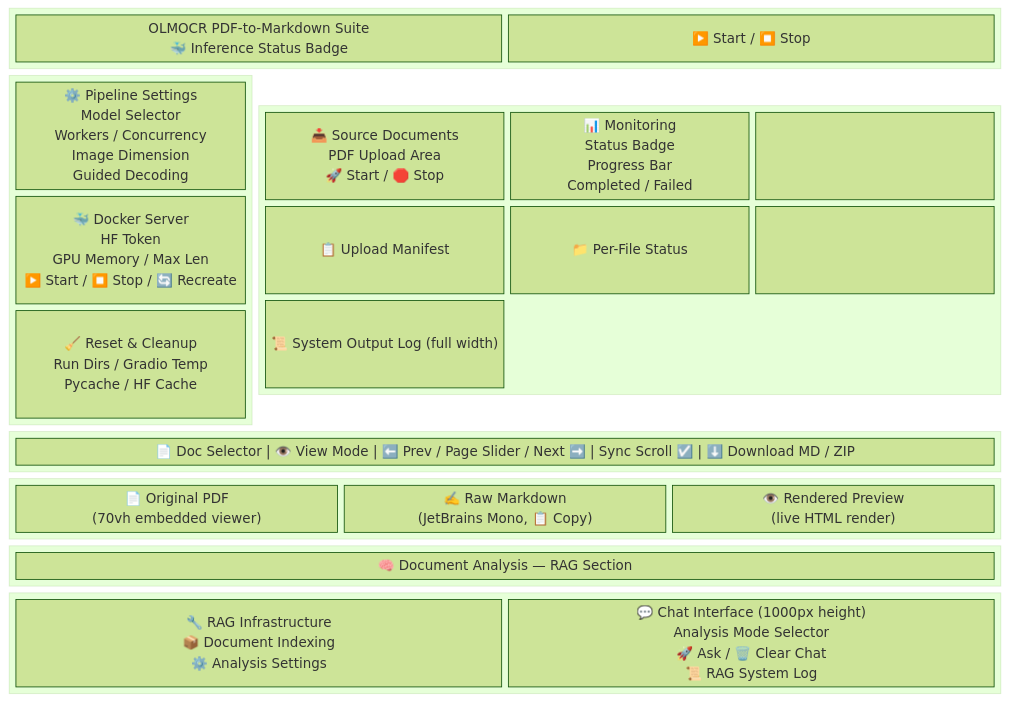
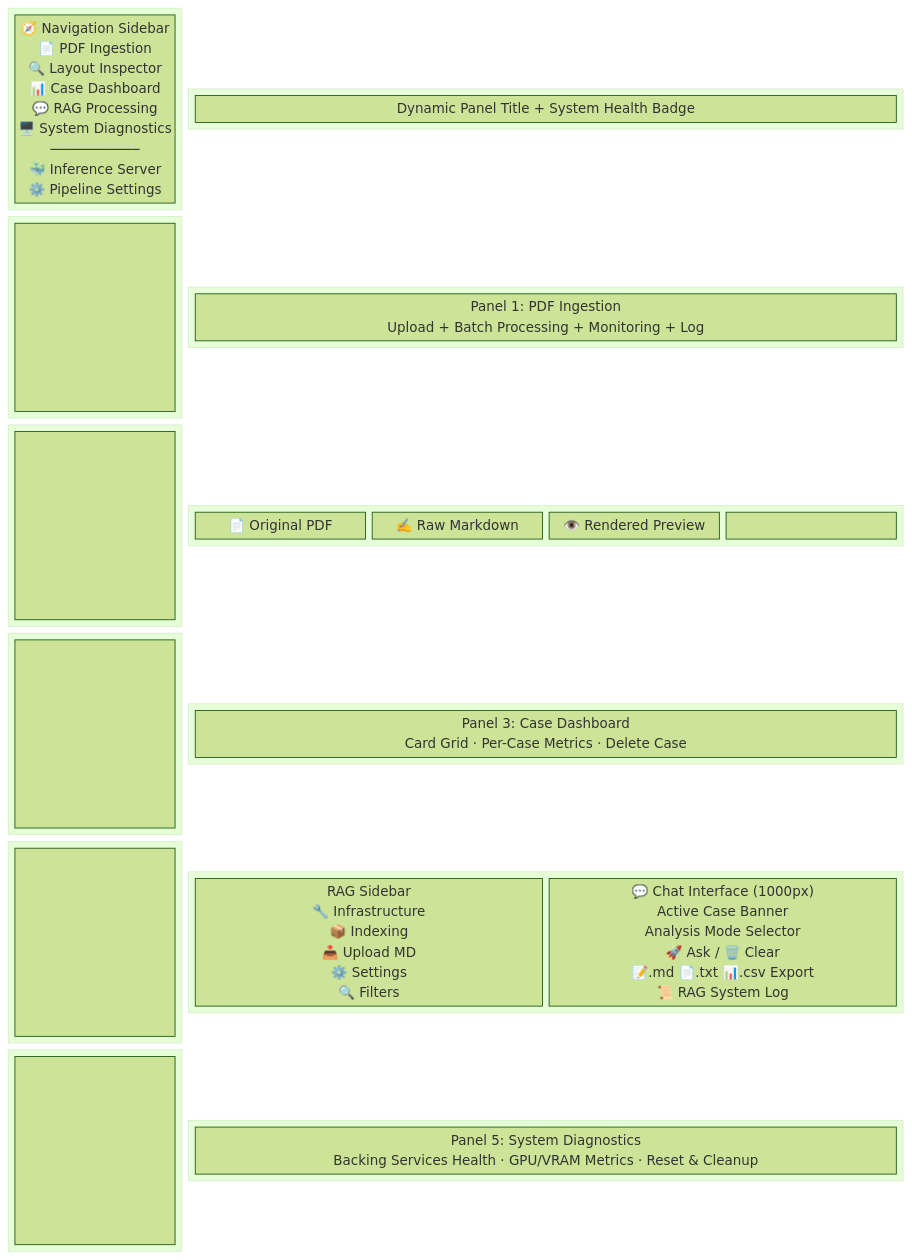
One commit to r70pro/CORAG changed the first of 2 diagrams in README.md. Above: the diagram before and after it, drawn with Mermaid (forest theme). The commit also changed other lines of this file and 8 other files, not shown here.

````diff
--- a/README.md
+++ b/README.md
@@ -57,51 +58,68 @@
 ```mermaid
 block-beta
-    columns 4
+    columns 5
 
-    block:header:4
-        columns 4
-        title["OLMOCR PDF-to-Markdown Suite<br/>🐳 Inference Status Badge"]
-        start_stop["▶️ Start / ⏹️ Stop"]
+    block:navsidebar:1
+        columns 1
+        nav["🧭 Navigation Sidebar<br/>📄 PDF Ingestion<br/>🔍 Layout Inspector<br/>📊 Case Dashboard<br/>💬 RAG Processing<br/>🖥️ System Diagnostics<br/>───────────<br/>🐳 Inference Server<br/>⚙️ Pipeline Settings"]
     end
 
-    block:sidebar:1
-        columns 1
-        settings["⚙️ Pipeline Settings<br/>Model Selector<br/>Workers / Concurrency<br/>Image Dimension<br/>Guided Decoding"]
-        docker["🐳 Docker Server<br/>HF Token<br/>GPU Memory / Max Len<br/>▶️ Start / ⏹️ Stop / 🔄 Recreate"]
-        cleanup["🧹 Reset & Cleanup<br/>Run Dirs / Gradio Temp<br/>Pycache / HF Cache"]
+    block:contentarea:4
+        columns 4
+        paneltitle["Dynamic Panel Title + System Health Badge"]
     end
 
-    block:center:3
-        columns 3
-        upload["📥 Source Documents<br/>PDF Upload Area<br/>🚀 Start / 🛑 Stop"]
-        monitor["📊 Monitoring<br/>Status Badge<br/>Progress Bar<br/>Completed / Failed"]
-        space3[" "]
-        manifest["📋 Upload Manifest"]
-        filestatus["📁 Per-File Status"]
-        space4[" "]
-        log["📜 System Output Log (full width)"]
+    block:spacer1:1
+        columns 1
+        space1[" "]
     end
 
-    block:viewer:4
+    block:panel1:4
         columns 4
-        viewcontrols["📄 Doc Selector | 👁️ View Mode | ⬅️ Prev / Page Slider / Next ➡️ | Sync Scroll ☑️ | ⬇️ Download MD / ZIP"]
+        p1["Panel 1: PDF Ingestion<br/>Upload + Batch Processing + Monitoring + Log"]
     end
 
-    block:panels:4
-        columns 3
-        pdf["📄 Original PDF<br/>(70vh embedded viewer)"]
-        raw["✍️ Raw Markdown<br/>(JetBrains Mono, 📋 Copy)"]
-        preview["👁️ Rendered Preview<br/>(live HTML render)"]
+    block:spacer2:1
+        columns 1
+        space2[" "]
     end
 
-    block:ragsection:4
+    block:panel2:4
         columns 4
-        ragtitle["🧠 Document Analysis — RAG Section"]
+        p2a["📄 Original PDF"]
+        p2b["✍️ Raw Markdown"]
+        p2c["👁️ Rendered Preview"]
+        p2d[" "]
     end
 
-    block:ragmain:4
+    block:spacer3:1
+        columns 1
+        space3[" "]
+    end
+
+    block:panel3:4
         columns 4
-        ragsidebar["🔧 RAG Infrastructure<br/>📦 Document Indexing<br/>⚙️ Analysis Settings"]
-        ragchat["💬 Chat Interface (1000px height)<br/>Analysis Mode Selector<br/>🚀 Ask / 🗑️ Clear Chat<br/>📜 RAG System Log"]
+        p3["Panel 3: Case Dashboard<br/>Card Grid · Per-Case Metrics · Delete Case"]
+    end
+
+    block:spacer4:1
+        columns 1
+        space4[" "]
+    end
+
+    block:panel4:4
+        columns 4
+        p4sidebar["RAG Sidebar<br/>🔧 Infrastructure<br/>📦 Indexing<br/>📥 Upload MD<br/>⚙️ Settings<br/>🔍 Filters"]
+        p4chat["💬 Chat Interface (1000px)<br/>Active Case Banner<br/>Analysis Mode Selector<br/>🚀 Ask / 🗑️ Clear<br/>📝.md 📄.txt 📊.csv Export<br/>📜 RAG System Log"]
+    end
+
+    block:spacer5:1
+        columns 1
+        space5[" "]
+    end
+
+    block:panel5:4
+        columns 4
+        p5["Panel 5: System Diagnostics<br/>Backing Services Health · GPU/VRAM Metrics · Reset & Cleanup"]
     end
 ```
````
